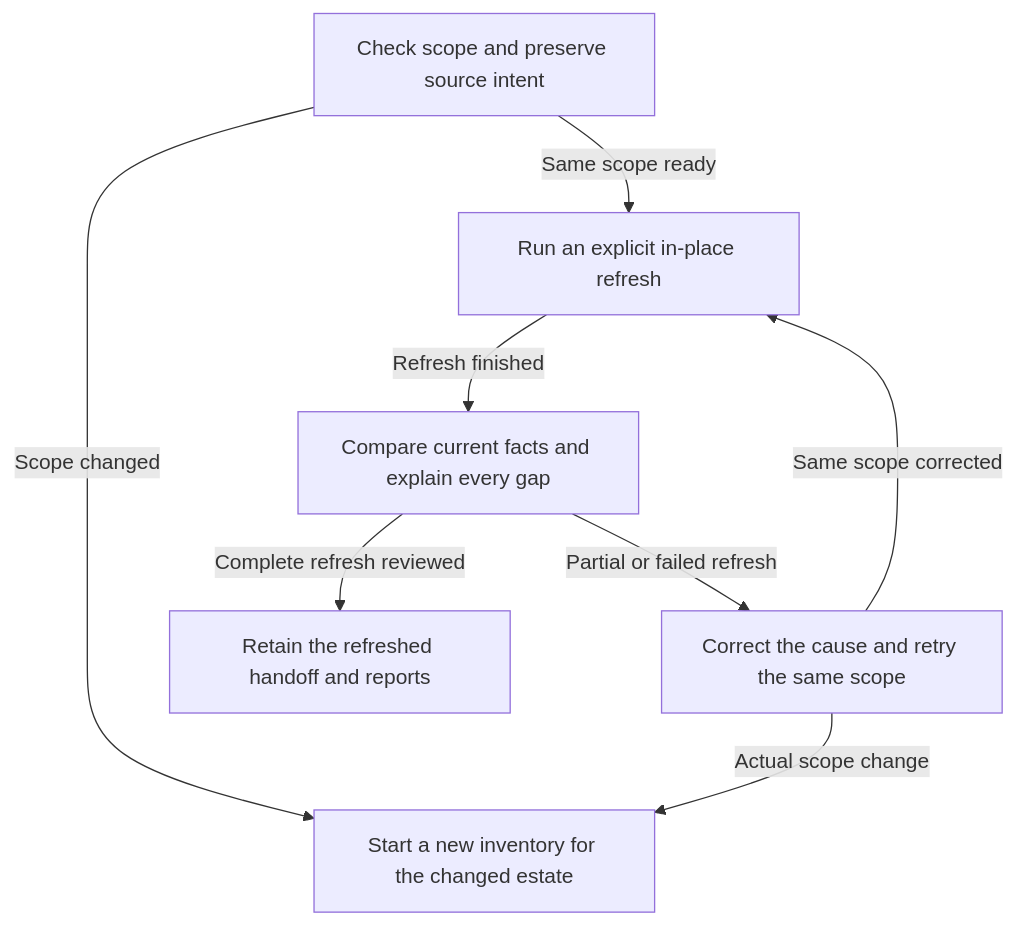
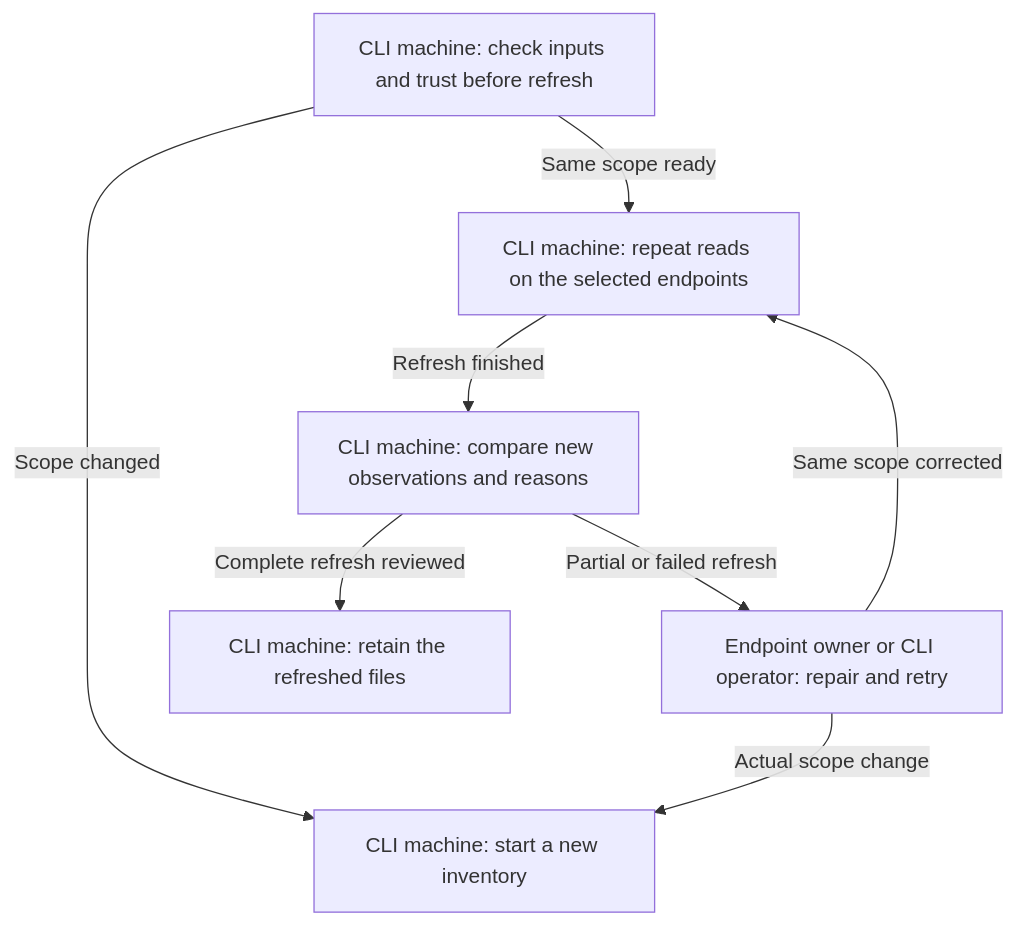
Before and after one commit to NVIDIA/k8s-launch-kit: the third of 3 diagrams in docs/user/dpf-workflows.md, drawn with Mermaid. The commit also changed other lines of this file and 38 other files, not shown here.

````diff
--- a/docs/user/dpf-workflows.md
+++ b/docs/user/dpf-workflows.md
@@ -215,16 +294,16 @@
 ```mermaid
 flowchart TD
-  n1["Check scope and preserve source intent"]
-  n2["Run an explicit in-place refresh"]
-  n3["Compare current facts and explain every gap"]
-  n4["Correct the cause and retry the same scope"]
-  n5["Start a new inventory for the changed estate"]
-  n6["Retain the refreshed handoff and reports"]
+  n1["CLI machine: check inputs and trust before refresh"]
+  n2["CLI machine: repeat reads on the selected endpoints"]
+  n3["CLI machine: compare new observations and reasons"]
+  n4["Endpoint owner or CLI operator: repair and retry"]
+  n5["CLI machine: start a new inventory"]
+  n6["CLI machine: retain the refreshed files"]
   n1 -->|"Same scope ready"| n2
   n1 -->|"Scope changed"| n5
   n2 -->|"Refresh finished"| n3
   n3 -->|"Complete refresh reviewed"| n6
   n3 -->|"Partial or failed refresh"| n4
   n4 -->|"Same scope corrected"| n2
   n4 -->|"Actual scope change"| n5
 ```
````
